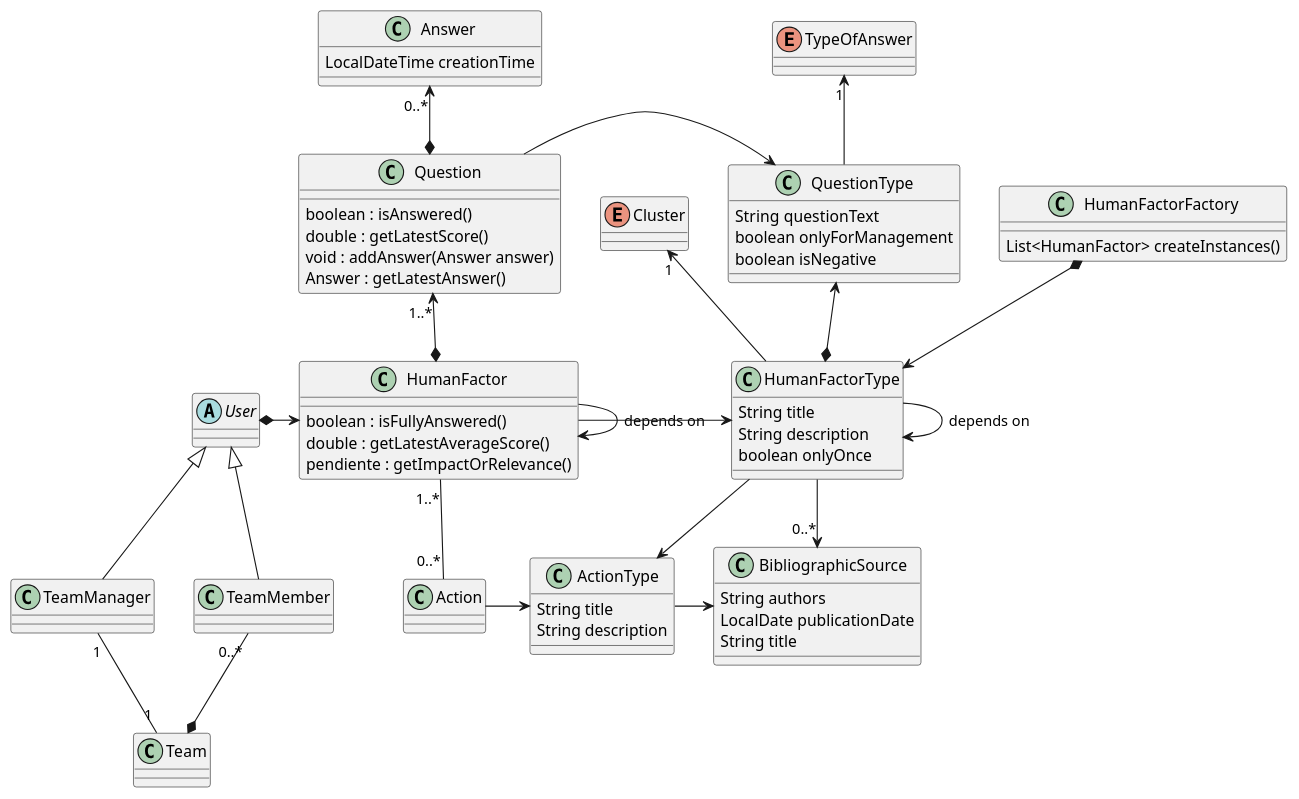
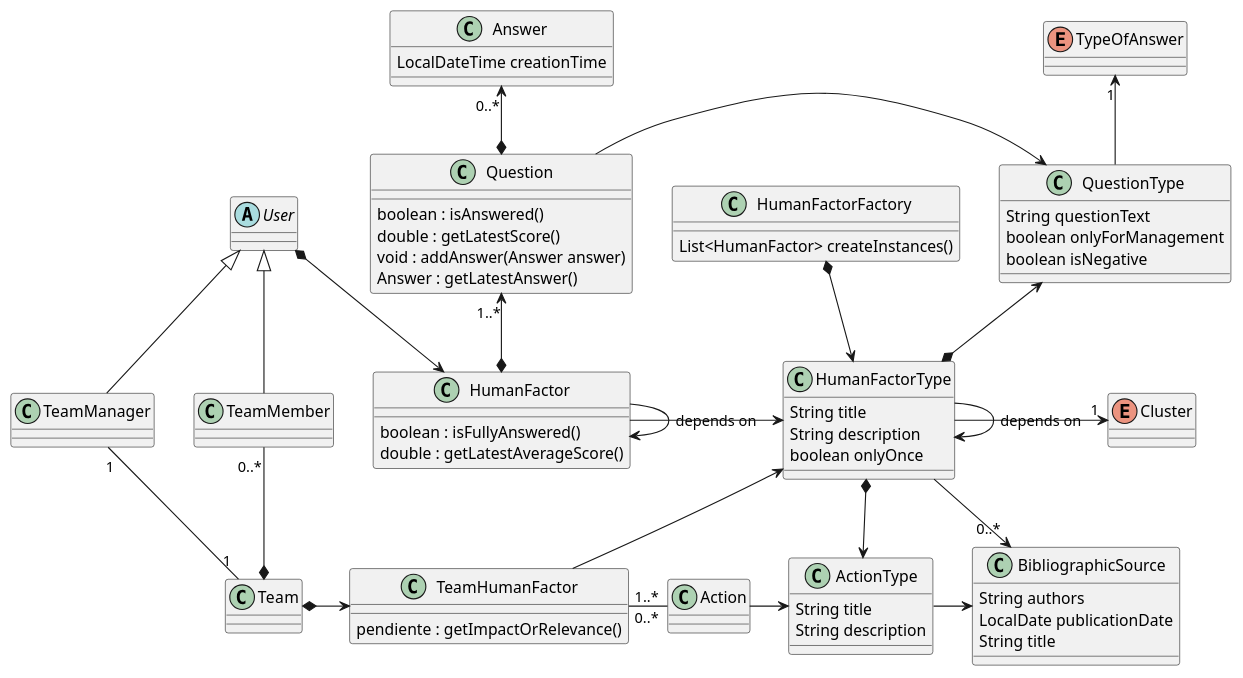
The diagram in classDiagram.wsd (suken27/human-factors-java), drawn with PlantUML before and after one commit. The commit also changed 15 other files, not shown here.

```diff
--- a/classDiagram.wsd
+++ b/classDiagram.wsd
@@ -1,70 +1,74 @@
 @startuml
 class HumanFactor {
     boolean : isFullyAnswered()
     double : getLatestAverageScore()
+}
+class TeamHumanFactor {
     pendiente : getImpactOrRelevance()
 }
 class HumanFactorType {
     String title
     String description
     boolean onlyOnce
 }
 class HumanFactorFactory {
     List<HumanFactor> createInstances()
 }
 enum Cluster
 class Action {
     
 }
 class ActionType {
     String title
     String description
 }
 class Question {
     boolean : isAnswered()
     double : getLatestScore()
     void : addAnswer(Answer answer)
     Answer : getLatestAnswer()
 }
 class QuestionType {
     String questionText
     boolean onlyForManagement
     boolean isNegative
 }
 enum TypeOfAnswer
 abstract class User
 class Answer {
     LocalDateTime creationTime
 }
 class TeamMember
 class TeamManager
 class BibliographicSource {
     String authors
     LocalDate publicationDate
     String title
 }
 class Team {
 
 }
 
 Answer "0..*" <--*  Question
-Question "1..*" <-* HumanFactor
+Question "1..*" <--* HumanFactor
 Question -> QuestionType
-HumanFactor "1..*" -- "0..*" Action
+TeamHumanFactor "1..*" - "0..*" Action
+HumanFactorType <-- TeamHumanFactor
 HumanFactor --> HumanFactor : depends on
 HumanFactor -> HumanFactorType
-Cluster "1" <-- HumanFactorType
+HumanFactorType -> "1" Cluster
 User <|-- TeamMember
 User <|-- TeamManager
 TeamMember "0..*" --* Team
 TeamManager "1" -- "1" Team
+Team *-> TeamHumanFactor
 ActionType -> BibliographicSource
 Action -> ActionType
 HumanFactorType --> "0..*" BibliographicSource
 HumanFactorType -> HumanFactorType : depends on
-HumanFactorType --> ActionType
 QuestionType <--* HumanFactorType
+HumanFactorType *--> ActionType
 TypeOfAnswer "1" <-- QuestionType
 User *-> HumanFactor
 HumanFactorFactory *--> HumanFactorType
 @enduml
```
